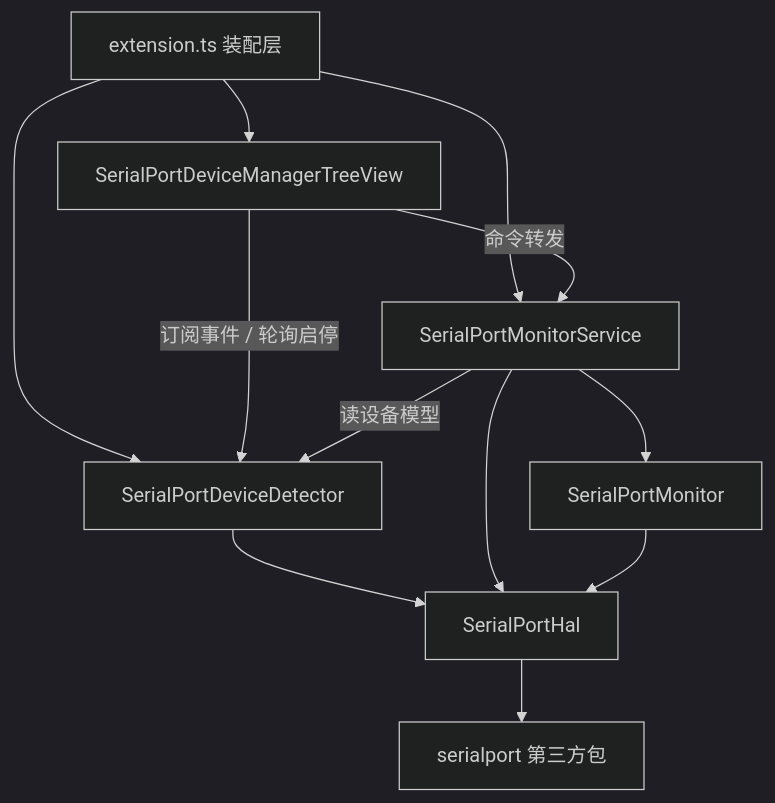
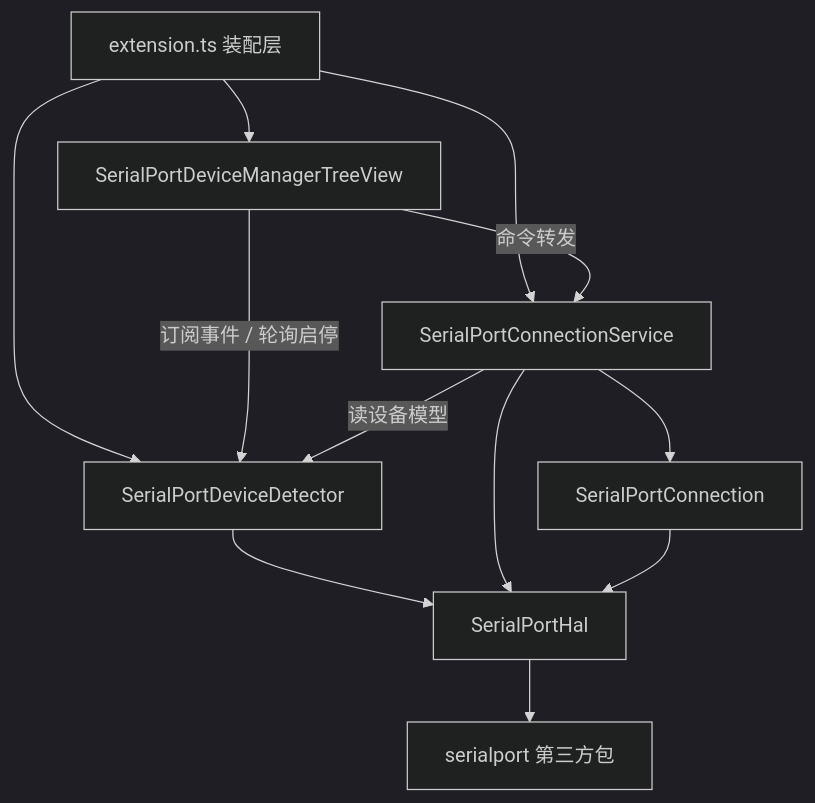
Before and after one commit to ziqiang-zhu/vscode-serial-port-terminal: the diagram in doc/总体架构.md, drawn with Mermaid (dark theme). The commit also changed other lines of this file and 17 other files, not shown here.

Commit message:
refactor: Redesign the architecture

````diff
--- a/doc/总体架构.md
+++ b/doc/总体架构.md
@@ -6,14 +6,14 @@
 ```mermaid
 graph TD
     UI[extension.ts 装配层] --> View[SerialPortDeviceManagerTreeView]
     UI --> Detector[SerialPortDeviceDetector]
-    UI --> MonitorService[SerialPortMonitorService]
-    View -->|命令转发| MonitorService
+    UI --> ConnectionService[SerialPortConnectionService]
+    View -->|命令转发| ConnectionService
     View -->|订阅事件 / 轮询启停| Detector
-    MonitorService -->|读设备模型| Detector
-    MonitorService --> Monitor[SerialPortMonitor]
+    ConnectionService -->|读设备模型| Detector
+    ConnectionService --> Connection[SerialPortConnection]
     Detector --> HAL[SerialPortHal]
-    MonitorService --> HAL
-    Monitor --> HAL
+    ConnectionService --> HAL
+    Connection --> HAL
     HAL --> SP[serialport 第三方包]
 ```
````
